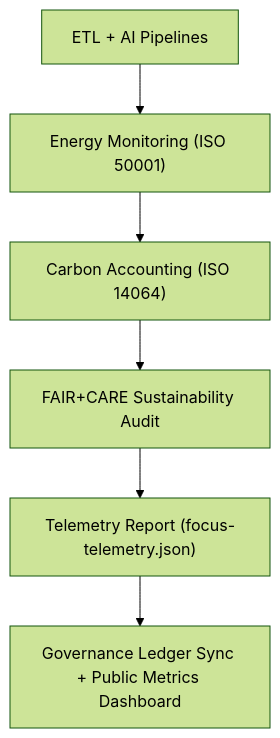
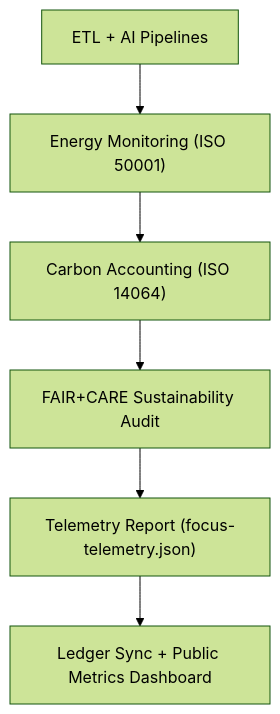
Before and after one commit to bartytime4life/Kansas-Frontier-Matrix: the seventh of 7 diagrams in docs/architecture/data-flow-diagrams.md, drawn with Mermaid (forest theme). The commit also changed other lines of this file, not shown here.

First line of the commit message:
Upgrade data flow diagrams to version 10.2.3

````diff
--- a/docs/architecture/data-flow-diagrams.md
+++ b/docs/architecture/data-flow-diagrams.md
@@ -141,8 +186,8 @@
 ```mermaid
 flowchart TD
     A["ETL + AI Pipelines"] --> B["Energy Monitoring (ISO 50001)"]
     B --> C["Carbon Accounting (ISO 14064)"]
     C --> D["FAIR+CARE Sustainability Audit"]
     D --> E["Telemetry Report (focus-telemetry.json)"]
-    E --> F["Governance Ledger Sync + Public Metrics Dashboard"]
+    E --> F["Ledger Sync + Public Metrics Dashboard"]
 ```
````
